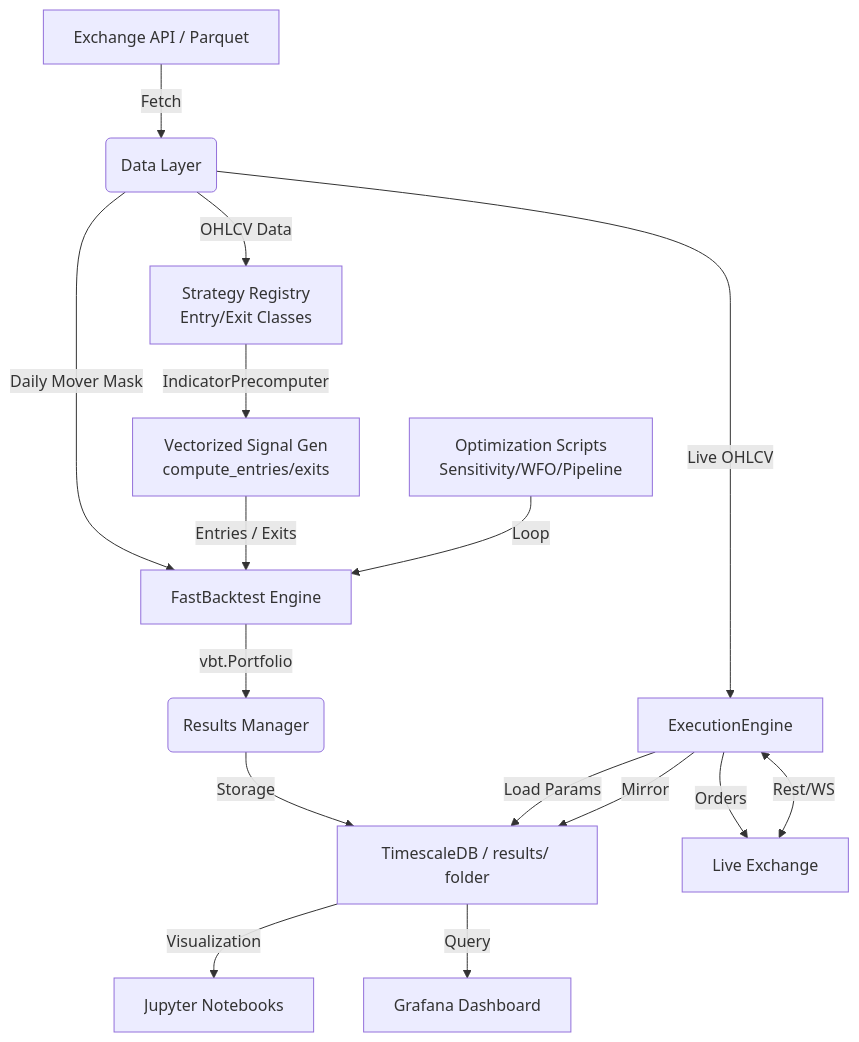
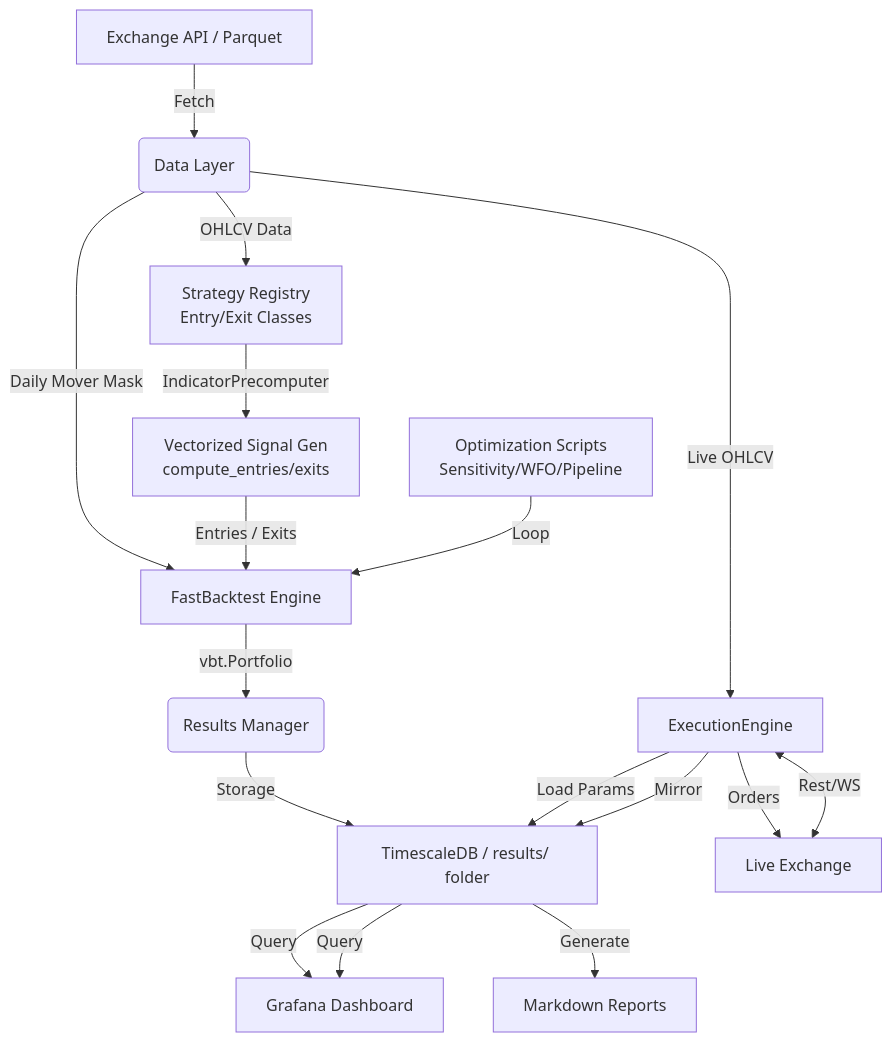
The second of 2 diagrams in docs/architecture.md (garykuepper/ggTrader), drawn with Mermaid before and after one commit. The commit also changed 1 other file, not shown here.

Commit message:
docs: remove Jupyter Notebook references in favor of Grafana and Markdown reports

````diff
--- a/docs/architecture.md
+++ b/docs/architecture.md
@@ -213,18 +213,19 @@
 ```mermaid
 graph TD
     A[Exchange API / Parquet] -->|Fetch| B(Data Layer)
     B -->|OHLCV Data| C["Strategy Registry<br/>Entry/Exit Classes"]
     B -->|Daily Mover Mask| D[FastBacktest Engine]
     C -->|IndicatorPrecomputer| E["Vectorized Signal Gen<br/>compute_entries/exits"]
     E -->|Entries / Exits| D
     D -->|vbt.Portfolio| F(Results Manager)
     F -->|Storage| G[TimescaleDB / results/ folder]
     H["Optimization Scripts<br/>Sensitivity/WFO/Pipeline"] -->|Loop| D
-    G -->|Visualization| I[Jupyter Notebooks]
+    G -->|Query| L[Grafana Dashboard]
+    G -->|Generate| M[Markdown Reports]
     J[Live Exchange] <-->|Rest/WS| K[ExecutionEngine]
     K -->|Load Params| G
     B -->|Live OHLCV| K
     K -->|Orders| J
     K -->|Mirror| G
     G -->|Query| L[Grafana Dashboard]
 ```
````
